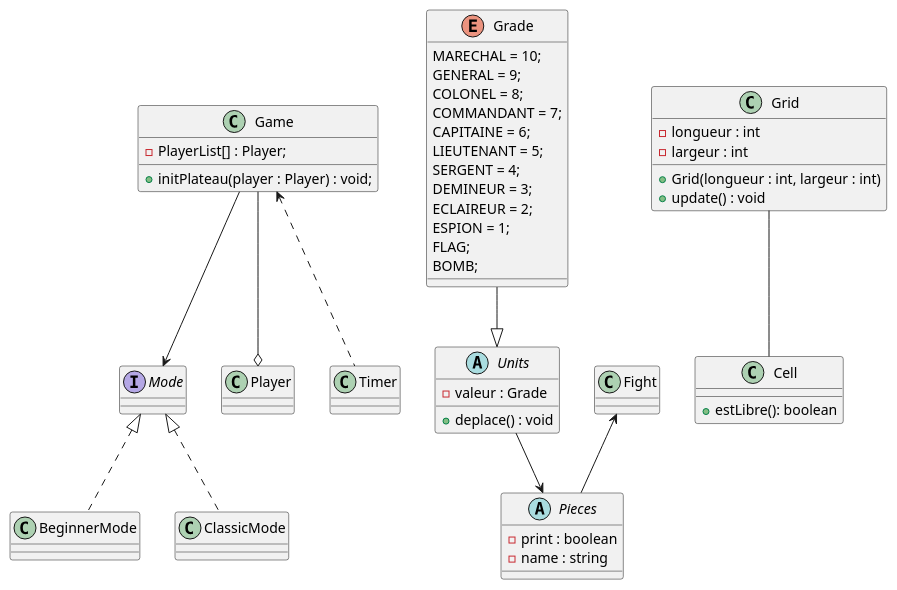
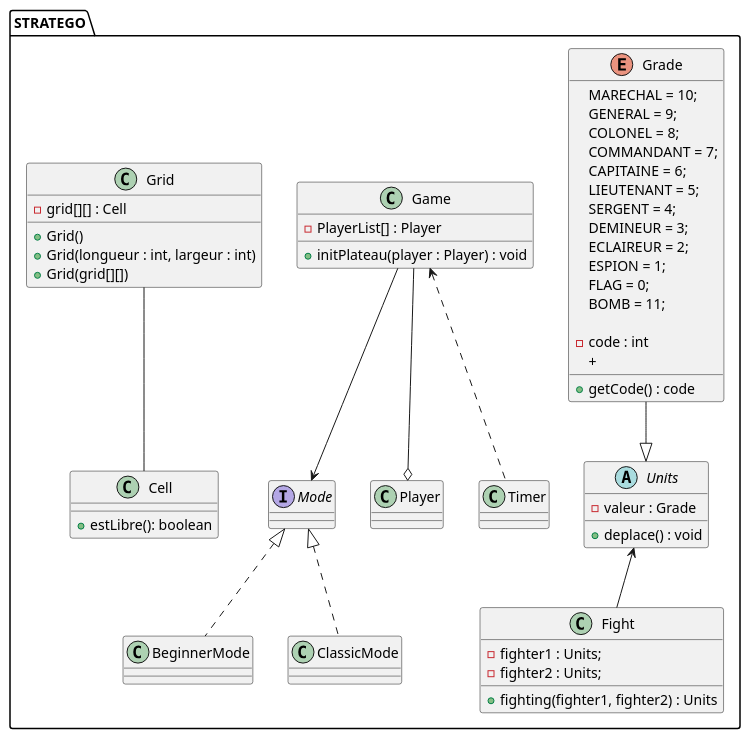
One commit to Gunder56/stratego changed the diagram in Side_documents/diagramme_de_classe.puml. Above: the diagram before and after it, drawn with PlantUML.

Commit message:
nouveau diagramme de classe

```diff
--- a/Side_documents/diagramme_de_classe.puml
+++ b/Side_documents/diagramme_de_classe.puml
@@ -1,82 +1,82 @@
 @startuml class 
-
-abstract Pieces {
-    - print : boolean
-    - name : string 
-}
-
+package "STRATEGO"{
 abstract Units {
     - valeur : Grade
     + deplace() : void
 }
 
 enum Grade {
     MARECHAL = 10;
     GENERAL = 9;
     COLONEL = 8;
     COMMANDANT = 7;
     CAPITAINE = 6;
     LIEUTENANT = 5;
     SERGENT = 4;
     DEMINEUR = 3;
     ECLAIREUR = 2; 
     ESPION = 1; 
-    FLAG;
-    BOMB;
+    FLAG = 0;
+    BOMB = 11;
+
+    - code : int
+    + getCode() : code
+    + 
 }
 
-
 class Fight {
-
+    - fighter1 : Units;
+    - fighter2 : Units;
+    + fighting(fighter1, fighter2) : Units 
 }
 
 class Player {
 
 }
 
 class Game {
-    - PlayerList[] : Player;
-    + initPlateau(player : Player) : void;
+    - PlayerList[] : Player
+    + initPlateau(player : Player) : void
 }
 
 interface Mode {
 
 }
 
 class BeginnerMode {
 
 }
 
 class ClassicMode {
 
 }
 
 class Timer {
 
 }
 
 class Cell {
     + estLibre(): boolean 
 }
 
 class Grid {
-    - longueur : int
-    - largeur : int 
+    - grid[][] : Cell
+    + Grid()
     + Grid(longueur : int, largeur : int)
-    + update() : void
+    + Grid(grid[][])
+}
 }
 
-Units --> Pieces
-Fight <-- Pieces
+Units <-- Fight
 
 Game <.. Timer
 Game --> Mode
 Game --o Player
 BeginnerMode .up.|> Mode  
 ClassicMode .up.|> Mode
 
 Grid -- Cell
 
 Grade --|> Units
 
 @enduml
```
